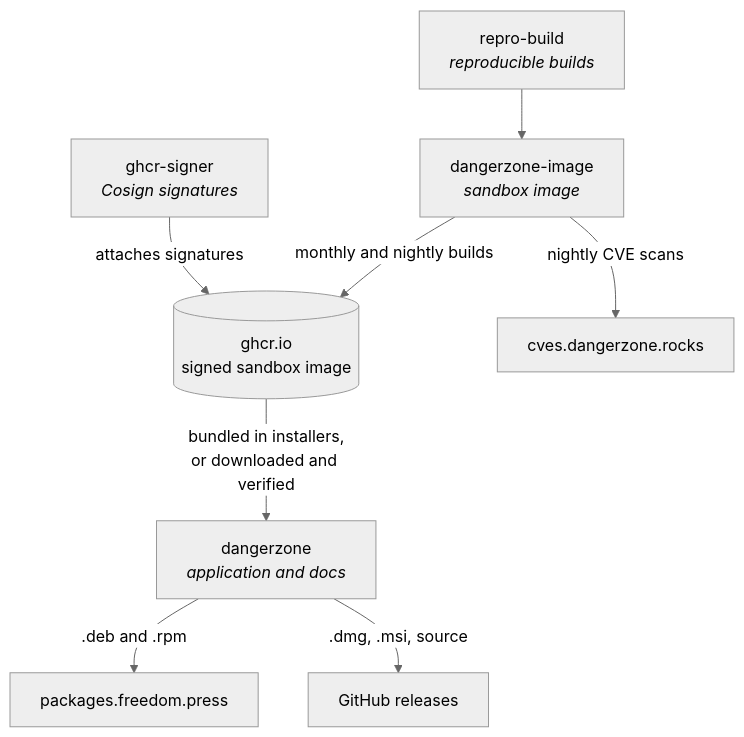
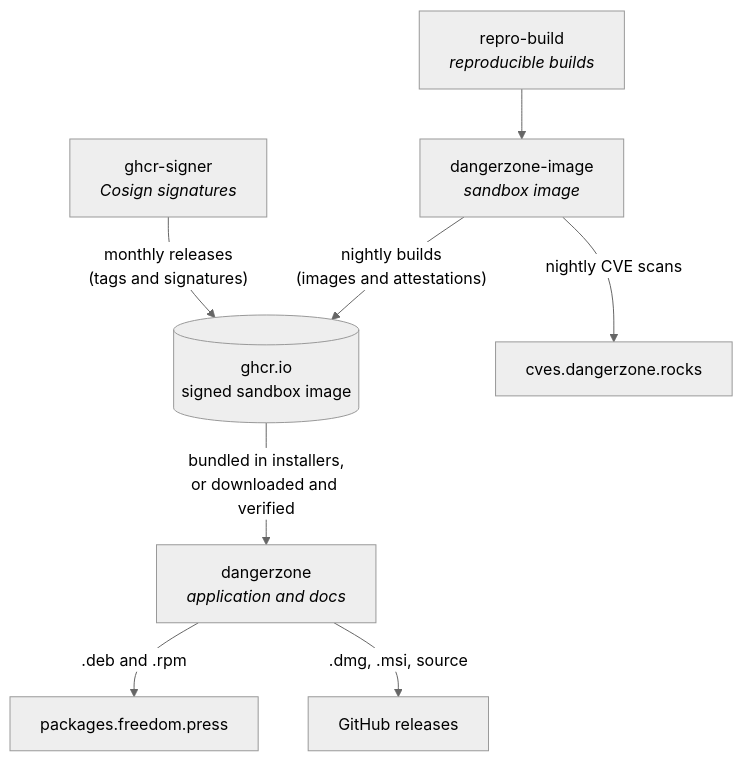
The diagram in docs/explanation/project-repositories.md (freedomofpress/dangerzone), drawn with Mermaid (neutral theme) before and after one commit. The commit also changed other lines of this file and 37 other files, not shown here.

````diff
--- a/docs/explanation/project-repositories.md
+++ b/docs/explanation/project-repositories.md
@@ -7,15 +7,15 @@
 ```mermaid
 flowchart TB
     REPRO["repro-build<br/><i>reproducible builds</i>"] --> IMG
-    IMG["dangerzone-image<br/><i>sandbox image</i>"] -- "monthly and nightly builds" --> GHCR
-    SIGNER["ghcr-signer<br/><i>Cosign signatures</i>"] -- "attaches signatures" --> GHCR
+    IMG["dangerzone-image<br/><i>sandbox image</i>"] -- "nightly builds<br/>(images and attestations)" --> GHCR
+    SIGNER["ghcr-signer<br/><i>Cosign signatures</i>"] -- "monthly releases<br/>(tags and signatures)" --> GHCR
     IMG -- "nightly CVE scans" --> CVES["cves.dangerzone.rocks"]
     GHCR[("ghcr.io<br/>signed sandbox image")] -- "bundled in installers,<br/>or downloaded and verified" --> DZ
     DZ["dangerzone<br/><i>application and docs</i>"] -- ".deb and .rpm" --> PKG["packages.freedom.press"]
     DZ -- ".dmg, .msi, source" --> REL["GitHub releases"]
 
     click REPRO "https://github.com/freedomofpress/repro-build" "freedomofpress/repro-build on GitHub"
     click IMG "https://github.com/freedomofpress/dangerzone-image" "freedomofpress/dangerzone-image on GitHub"
     click SIGNER "https://github.com/freedomofpress/ghcr-signer" "freedomofpress/ghcr-signer on GitHub"
     click DZ "https://github.com/freedomofpress/dangerzone" "freedomofpress/dangerzone on GitHub"
 ```
````
